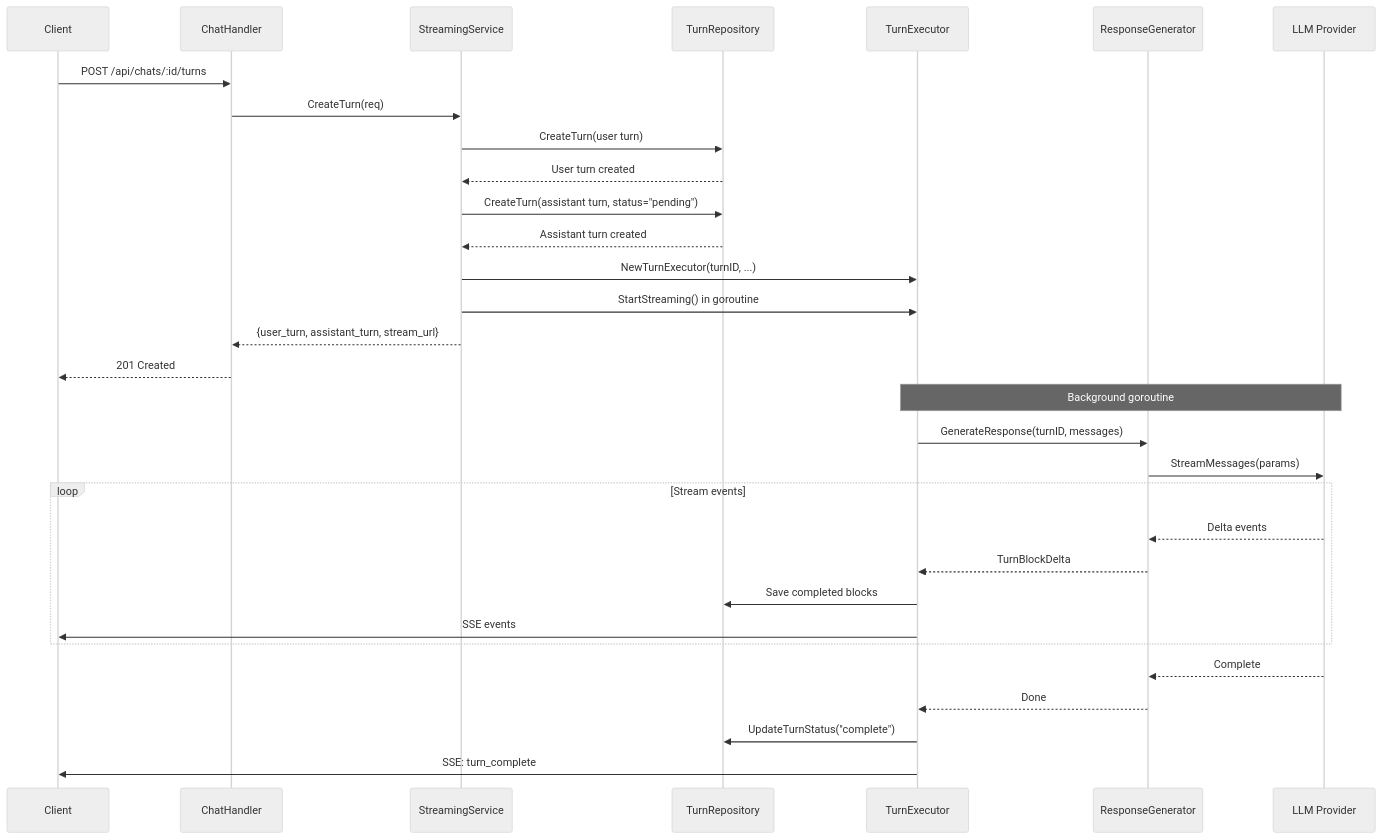
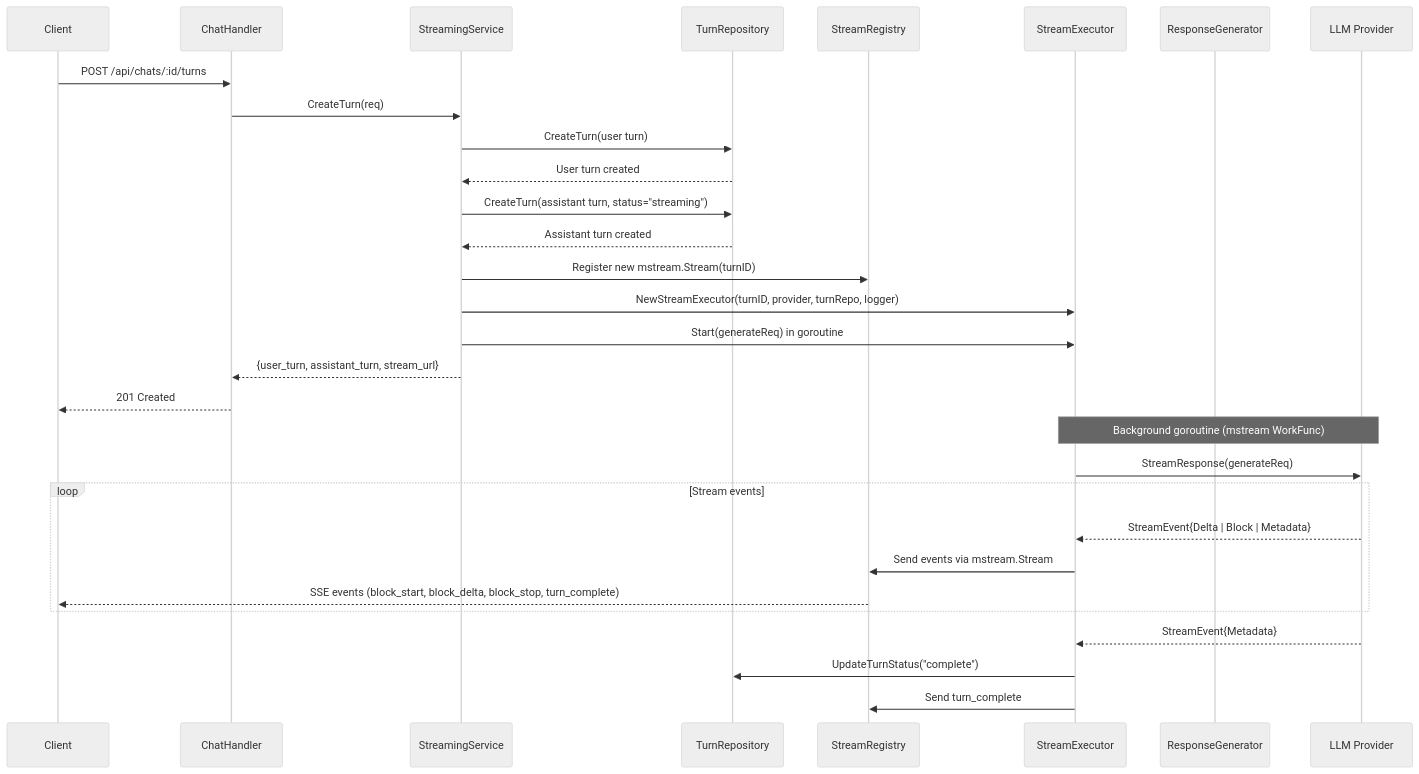
The second of 4 diagrams in _docs/technical/backend/architecture/service-layer.md (haowjy/meridian), drawn with Mermaid (neutral theme) before and after one commit. The commit also changed other lines of this file and 64 other files, not shown here.

````diff
--- a/_docs/technical/backend/architecture/service-layer.md
+++ b/_docs/technical/backend/architecture/service-layer.md
@@ -138,42 +138,41 @@
 ```mermaid
 sequenceDiagram
     participant Client
     participant Handler as ChatHandler
     participant Stream as StreamingService
     participant Turn as TurnRepository
-    participant Executor as TurnExecutor
+    participant Registry as StreamRegistry
+    participant Executor as StreamExecutor
     participant Generator as ResponseGenerator
     participant Provider as LLM Provider
 
     Client->>Handler: POST /api/chats/:id/turns
     Handler->>Stream: CreateTurn(req)
 
     Stream->>Turn: CreateTurn(user turn)
     Turn-->>Stream: User turn created
 
-    Stream->>Turn: CreateTurn(assistant turn, status="pending")
+    Stream->>Turn: CreateTurn(assistant turn, status="streaming")
     Turn-->>Stream: Assistant turn created
 
-    Stream->>Executor: NewTurnExecutor(turnID, ...)
-    Stream->>Executor: StartStreaming() in goroutine
+    Stream->>Registry: Register new mstream.Stream(turnID)
+    Stream->>Executor: NewStreamExecutor(turnID, provider, turnRepo, logger)
+    Stream->>Executor: Start(generateReq) in goroutine
 
     Stream-->>Handler: {user_turn, assistant_turn, stream_url}
     Handler-->>Client: 201 Created
 
-    Note over Executor,Provider: Background goroutine
+    Note over Executor,Provider: Background goroutine (mstream WorkFunc)
 
-    Executor->>Generator: GenerateResponse(turnID, messages)
-    Generator->>Provider: StreamMessages(params)
+    Executor->>Provider: StreamResponse(generateReq)
 
     loop Stream events
-        Provider-->>Generator: Delta events
-        Generator-->>Executor: TurnBlockDelta
-        Executor->>Turn: Save completed blocks
-        Executor->>Client: SSE events
+        Provider-->>Executor: StreamEvent{Delta | Block | Metadata}
+        Executor->>Registry: Send events via mstream.Stream
+        Registry-->>Client: SSE events (block_start, block_delta, block_stop, turn_complete)
     end
 
-    Provider-->>Generator: Complete
-    Generator-->>Executor: Done
+    Provider-->>Executor: StreamEvent{Metadata}
     Executor->>Turn: UpdateTurnStatus("complete")
-    Executor->>Client: SSE: turn_complete
+    Executor->>Registry: Send turn_complete
 ```
````
